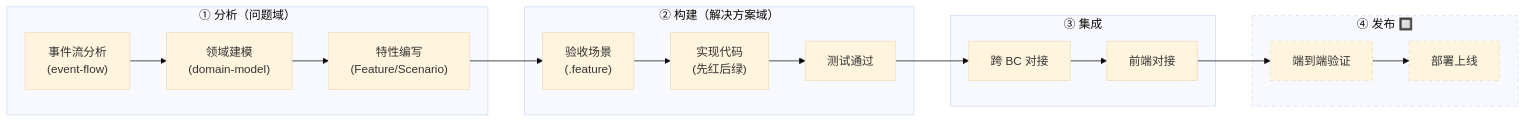
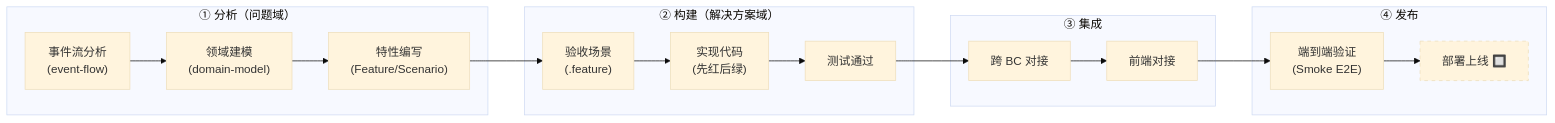
The first of 2 diagrams in .cursor/skills/README.md (mianhe/HMall), drawn with Mermaid (base theme) before and after one commit. The commit also changed other lines of this file and 175 other files, not shown here.

First line of the commit message:
feat: deliver virtual-product end-to-end flow across services, web, MCP, and docs

````diff
--- a/.cursor/skills/README.md
+++ b/.cursor/skills/README.md
@@ -36,36 +36,34 @@
 ```mermaid
 flowchart LR
     subgraph A["① 分析（问题域）"]
         A1["事件流分析<br/>(event-flow)"]
         A2["领域建模<br/>(domain-model)"]
         A3["特性编写<br/>(Feature/Scenario)"]
         A1 --> A2 --> A3
     end
 
     subgraph B["② 构建（解决方案域）"]
         B1["验收场景<br/>(.feature)"]
         B2["实现代码<br/>(先红后绿)"]
         B3["测试通过"]
         B1 --> B2 --> B3
     end
 
     subgraph C["③ 集成"]
         C1["跨 BC 对接"]
         C2["前端对接"]
         C1 --> C2
     end
 
-    subgraph D["④ 发布 🔲"]
-        D1["端到端验证"]
-        D2["部署上线"]
+    subgraph D["④ 发布"]
+        D1["端到端验证<br/>(Smoke E2E)"]
+        D2["部署上线 🔲"]
         D1 --> D2
     end
 
     A3 --> B1
     B3 --> C1
     C2 --> D1
 
-    style D stroke-dasharray: 5 5
-    style D1 stroke-dasharray: 5 5
     style D2 stroke-dasharray: 5 5
 ```
````
